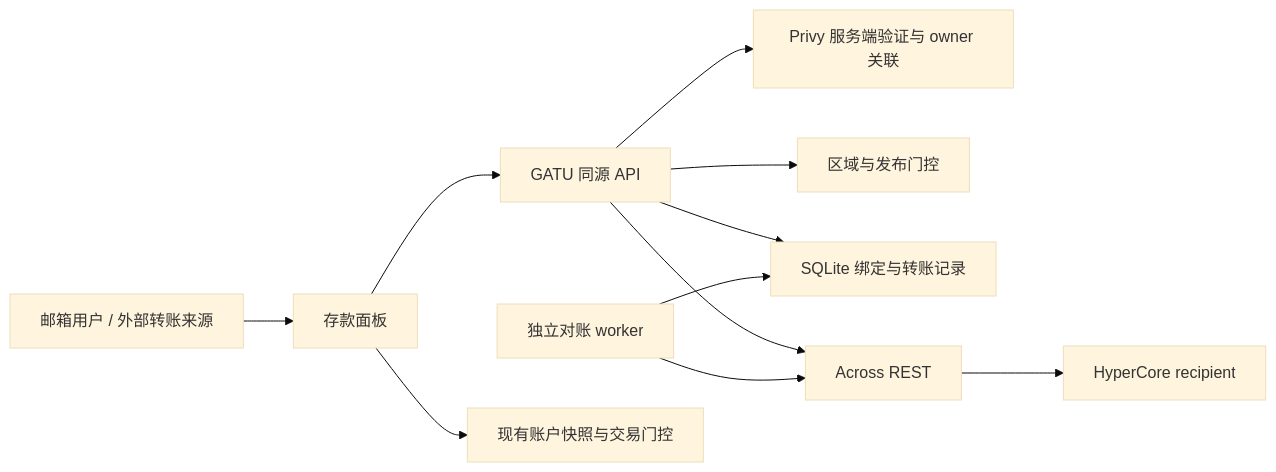
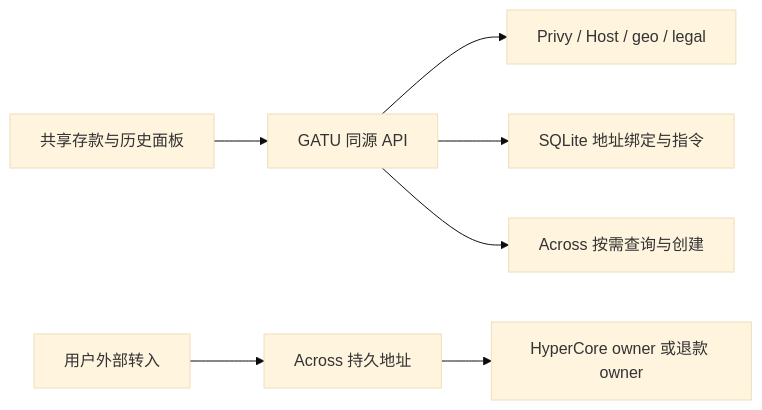
One commit to haoyu8962-netizen/gatu-app changed the diagram in docs/across-deposit-addresses.md. Above: the diagram before and after it, drawn with Mermaid (base theme). The commit also changed other lines of this file and 5 other files, not shown here.

````diff
--- a/docs/across-deposit-addresses.md
+++ b/docs/across-deposit-addresses.md
@@ -47,13 +55,9 @@
 ```mermaid
 flowchart LR
-  U[邮箱用户 / 外部转账来源] --> D[存款面板]
-  D --> A[GATU 同源 API]
-  A --> P[Privy 服务端验证与 owner 关联]
-  A --> G[区域与发布门控]
-  A --> S[SQLite 绑定与转账记录]
-  A --> X[Across REST]
-  W[独立对账 worker] --> S
-  W --> X
-  X --> H[HyperCore recipient]
-  D --> Q[现有账户快照与交易门控]
+  UI[共享存款与历史面板] --> API[GATU 同源 API]
+  API --> AUTH[Privy / Host / geo / legal]
+  API --> DB[SQLite 地址绑定与指令]
+  API --> Q[Across 按需查询与创建]
+  SEND[用户外部转入] --> PDA[Across 持久地址]
+  PDA --> CORE[HyperCore owner 或退款 owner]
 ```
````
